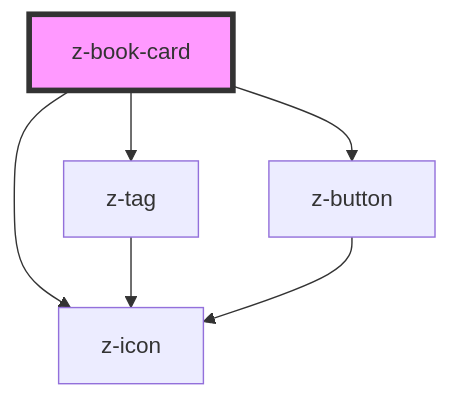
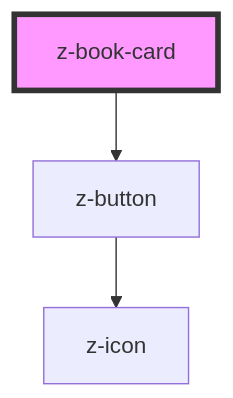
The diagram in src/components/book-card/z-book-card/readme.md (ZanichelliEditore/design-system), drawn with Mermaid before and after one commit. The commit also changed other lines of this file and 6 other files, not shown here.

Commit message:
chore: z-book-card more slots

````diff
--- a/src/components/book-card/z-book-card/readme.md
+++ b/src/components/book-card/z-book-card/readme.md
@@ -59,9 +51,6 @@
 ```mermaid
 graph TD;
-  z-book-card --> z-tag
-  z-book-card --> z-icon
   z-book-card --> z-button
-  z-tag --> z-icon
   z-button --> z-icon
   style z-book-card fill:#f9f,stroke:#333,stroke-width:4px
 ```
````
